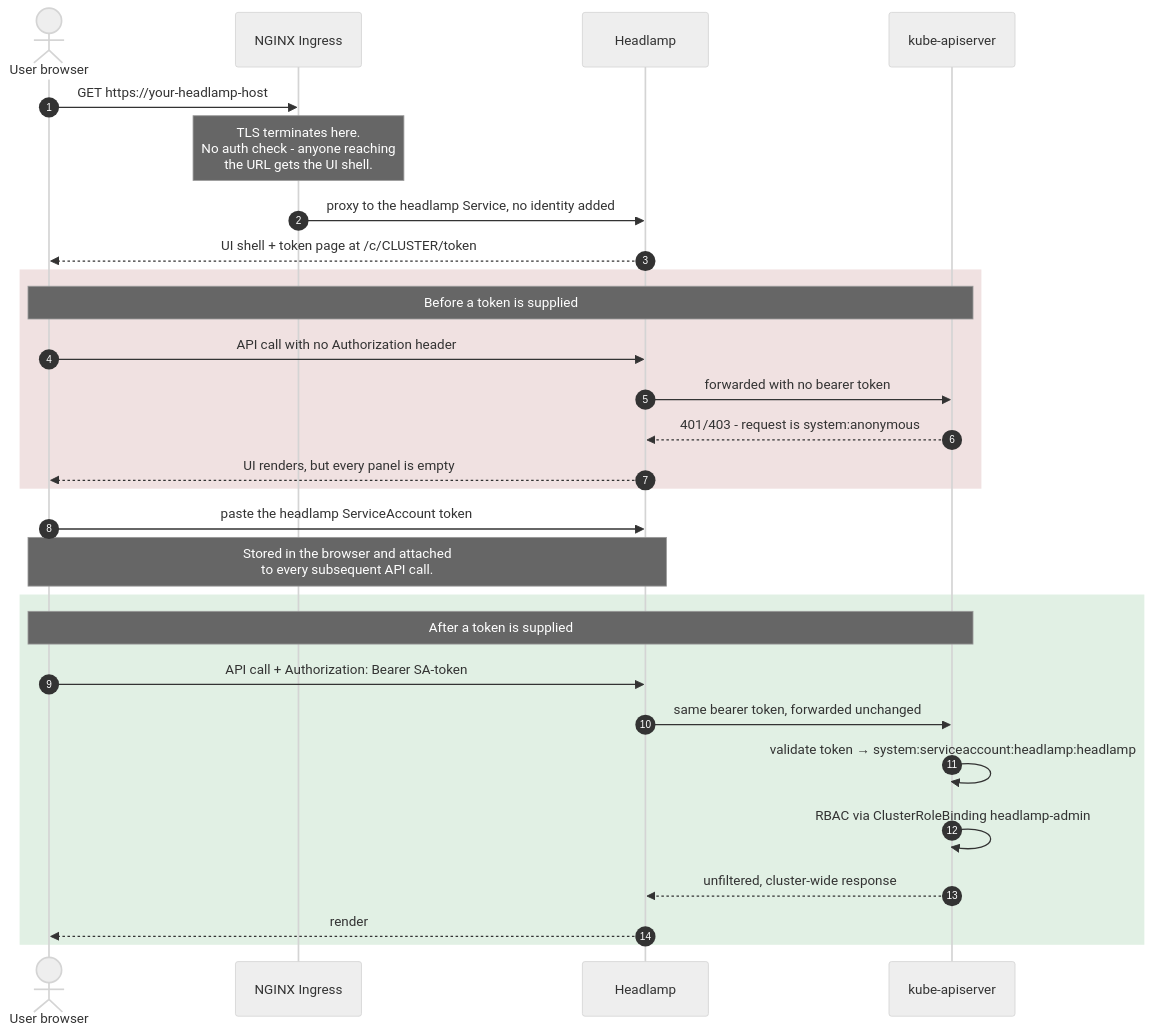
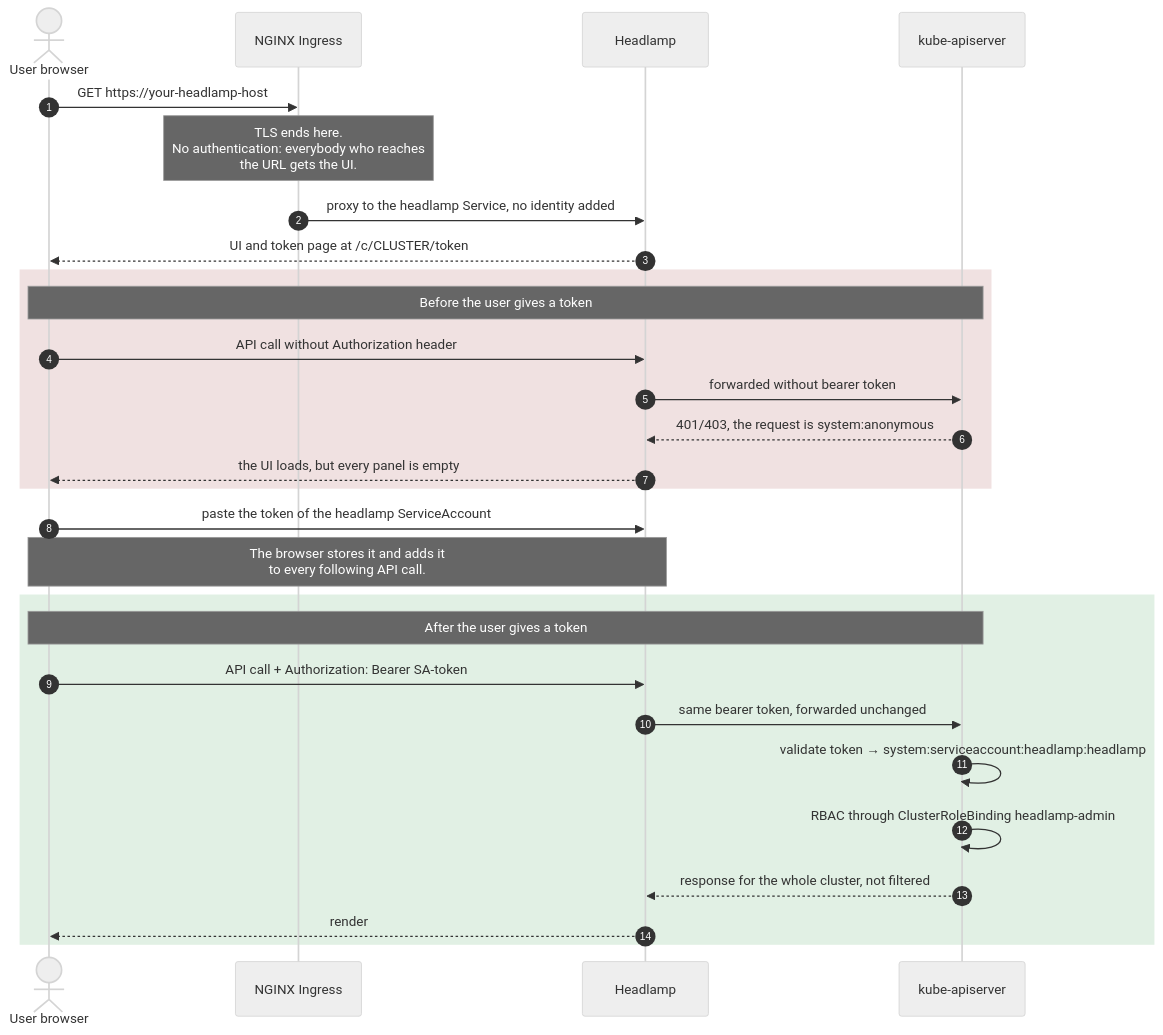
One commit to sighupio/module-utilities changed the first of 2 diagrams in examples/token-auth/README.md. Above: the diagram before and after it, drawn with Mermaid (neutral theme). The commit also changed other lines of this file and 26 other files, not shown here.

````diff
--- a/examples/token-auth/README.md
+++ b/examples/token-auth/README.md
@@ -32,34 +62,34 @@
 ```mermaid
 sequenceDiagram
     autonumber
     actor U as User browser
     participant I as NGINX Ingress
     participant H as Headlamp
     participant A as kube-apiserver
 
     U->>I: GET https://your-headlamp-host
-    Note over I: TLS terminates here.<br/>No auth check - anyone reaching<br/>the URL gets the UI shell.
+    Note over I: TLS ends here.<br/>No authentication: everybody who reaches<br/>the URL gets the UI.
     I->>H: proxy to the headlamp Service, no identity added
-    H-->>U: UI shell + token page at /c/CLUSTER/token
+    H-->>U: UI and token page at /c/CLUSTER/token
 
     rect rgb(240, 225, 225)
-        Note over U,A: Before a token is supplied
-        U->>H: API call with no Authorization header
-        H->>A: forwarded with no bearer token
-        A-->>H: 401/403 - request is system:anonymous
-        H-->>U: UI renders, but every panel is empty
+        Note over U,A: Before the user gives a token
+        U->>H: API call without Authorization header
+        H->>A: forwarded without bearer token
+        A-->>H: 401/403, the request is system:anonymous
+        H-->>U: the UI loads, but every panel is empty
     end
 
-    U->>H: paste the headlamp ServiceAccount token
-    Note over U,H: Stored in the browser and attached<br/>to every subsequent API call.
+    U->>H: paste the token of the headlamp ServiceAccount
+    Note over U,H: The browser stores it and adds it<br/>to every following API call.
 
     rect rgb(225, 240, 228)
-        Note over U,A: After a token is supplied
+        Note over U,A: After the user gives a token
         U->>H: API call + Authorization: Bearer SA-token
         H->>A: same bearer token, forwarded unchanged
         A->>A: validate token → system:serviceaccount:headlamp:headlamp
-        A->>A: RBAC via ClusterRoleBinding headlamp-admin
-        A-->>H: unfiltered, cluster-wide response
+        A->>A: RBAC through ClusterRoleBinding headlamp-admin
+        A-->>H: response for the whole cluster, not filtered
         H-->>U: render
     end
 ```
````
